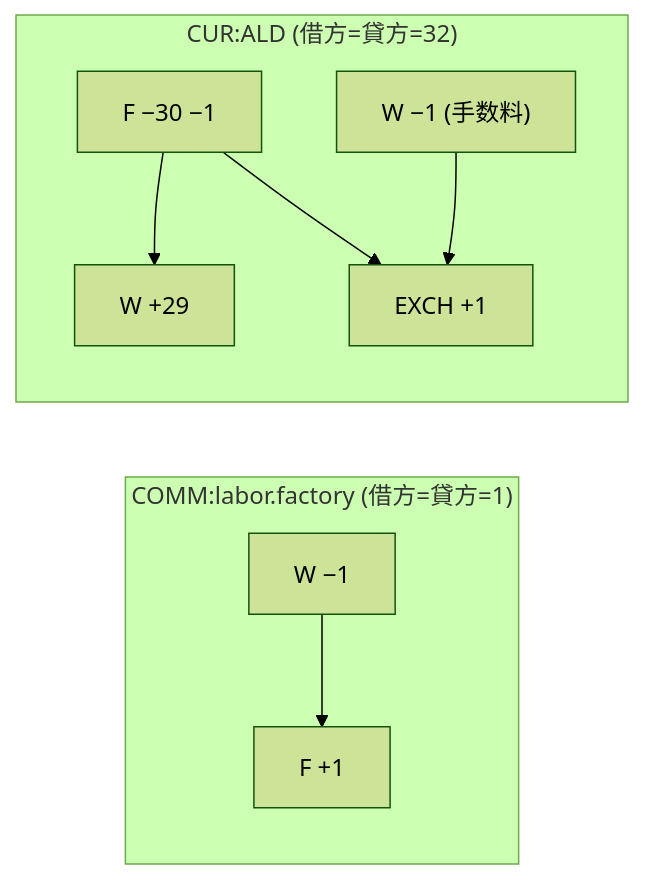
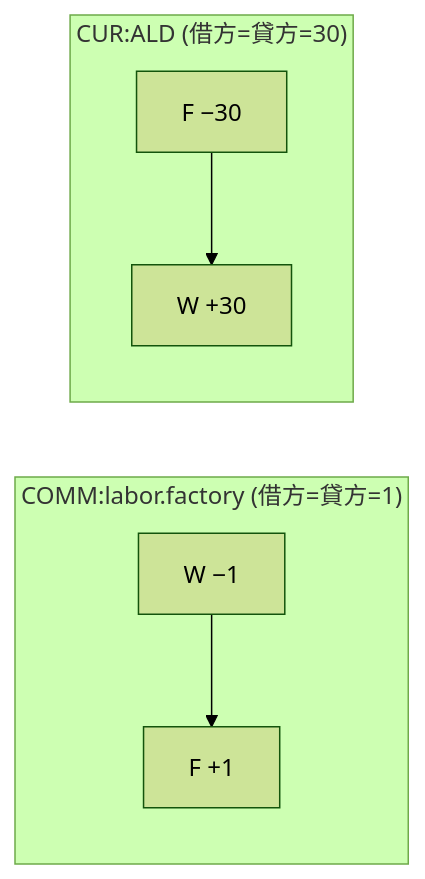
Before and after one commit to h4ribote/FinBox: the sixth of 6 diagrams in doc/08-economy-and-ledger.md, drawn with Mermaid (forest theme). The commit also changed other lines of this file and 28 other files, not shown here.

````diff
--- a/doc/08-economy-and-ledger.md
+++ b/doc/08-economy-and-ledger.md
@@ -398,11 +407,9 @@
 ```mermaid
 flowchart LR
   subgraph L["COMM:labor.factory (借方=貸方=1)"]
     W1["W −1"] --> F1["F +1"]
   end
-  subgraph C["CUR:ALD (借方=貸方=32)"]
-    F2["F −30 −1"] --> W2["W +29"]
-    F2 --> E1["EXCH +1"]
-    W3["W −1 (手数料)"] --> E1
+  subgraph C["CUR:ALD (借方=貸方=30)"]
+    F2["F −30"] --> W2["W +30"]
   end
 ```
````
